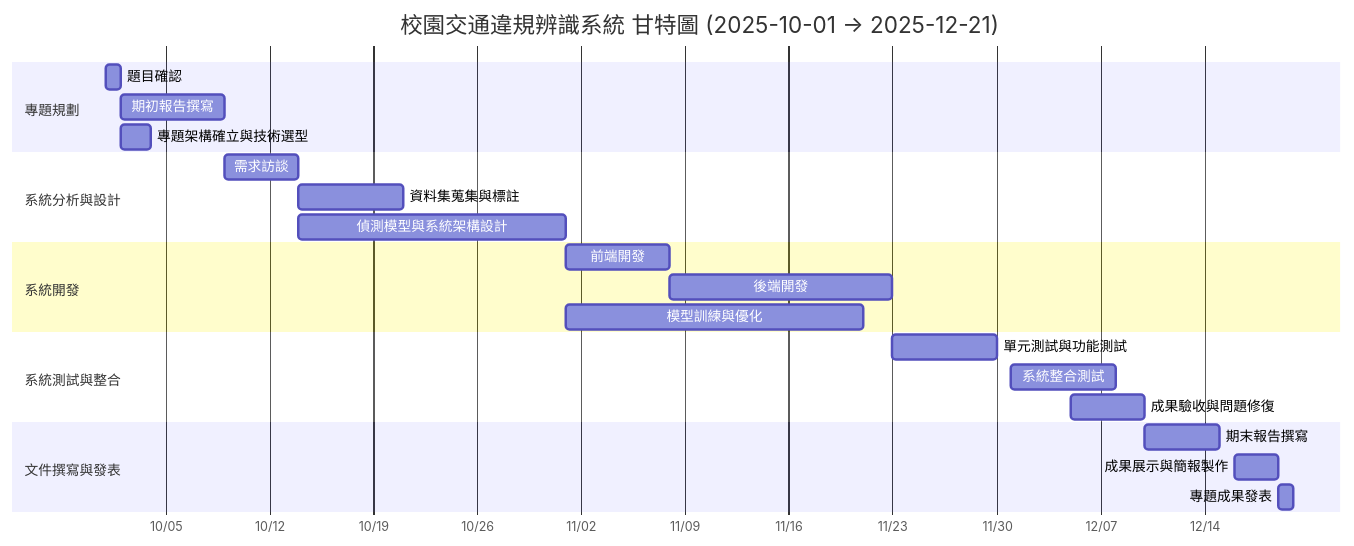
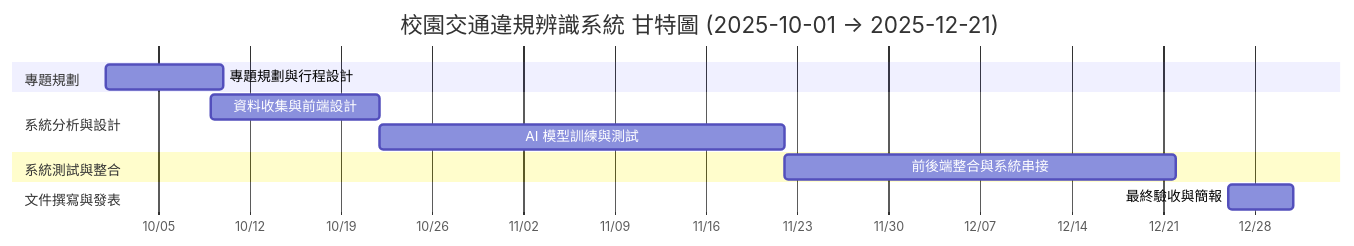
One commit to groups7-ctrl/hw2 changed the first of 2 diagrams in README.md. Above: the diagram before and after it, drawn with Mermaid. The commit also changed other lines of this file, not shown here.

````diff
--- a/README.md
+++ b/README.md
@@ -28,31 +28,19 @@
 ```mermaid
 gantt
     title 校園交通違規辨識系統 甘特圖 (2025-10-01 → 2025-12-21)
     dateFormat  YYYY-MM-DD
     axisFormat %m/%d
 
     section 專題規劃
-    題目確認            :A1, 2025-10-01, 1d
-    期初報告撰寫 :A2, 2025-10-02, 7d
-    專題架構確立與技術選型   :A3, 2025-10-02, 2d
+    專題規劃與行程設計            :A1, 2025-10-01, 9d
 
     section 系統分析與設計
-    需求訪談 :B1, 2025-10-09, 5d
-    資料集蒐集與標註             :B2, 2025-10-14, 7d
-    偵測模型與系統架構設計          :B3, 2025-10-14, 18d
-
-    section 系統開發
-    前端開發   :C1, 2025-11-01, 7d
-    後端開發   :C2, 2025-11-08, 15d
-    模型訓練與優化       :C3, 2025-11-01, 20d
+    資料收集與前端設計 :B1, 2025-10-09, 13d
+    AI 模型訓練與測試             :B2, 2025-10-22, 31d
 
     section 系統測試與整合
-    單元測試與功能測試         :D1, 2025-11-23, 7d
-    系統整合測試              :D2, 2025-12-01, 7d
-    成果驗收與問題修復        :D3, 2025-12-05, 5d
+    前後端整合與系統串接         :D1, 2025-11-22, 30d
 
     section 文件撰寫與發表
-    期末報告撰寫        :E1, 2025-12-10, 5d
-    成果展示與簡報製作              :E2, 2025-12-16, 3d
-    專題成果發表     :E3, 2025-12-19, 1d
+    最終驗收與簡報        :E1, 2025-12-26, 5d
 ```
````
